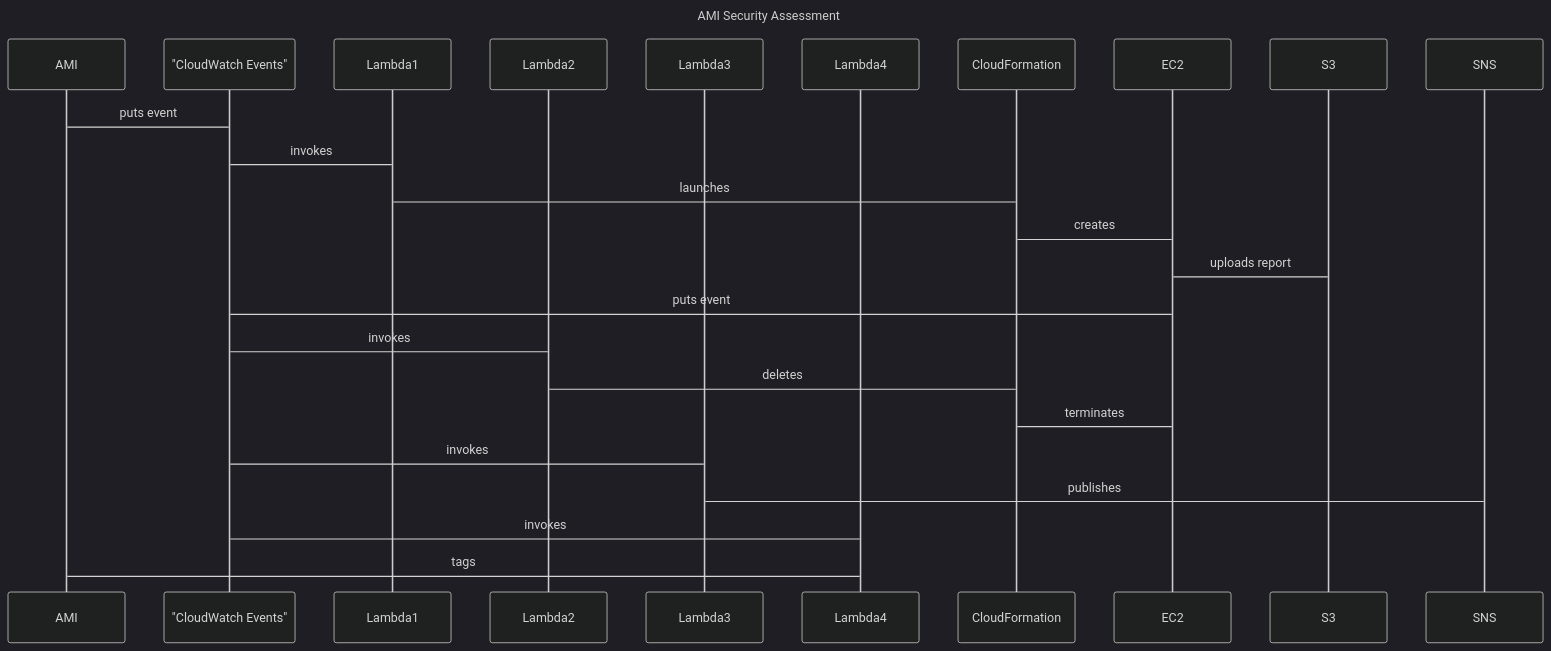
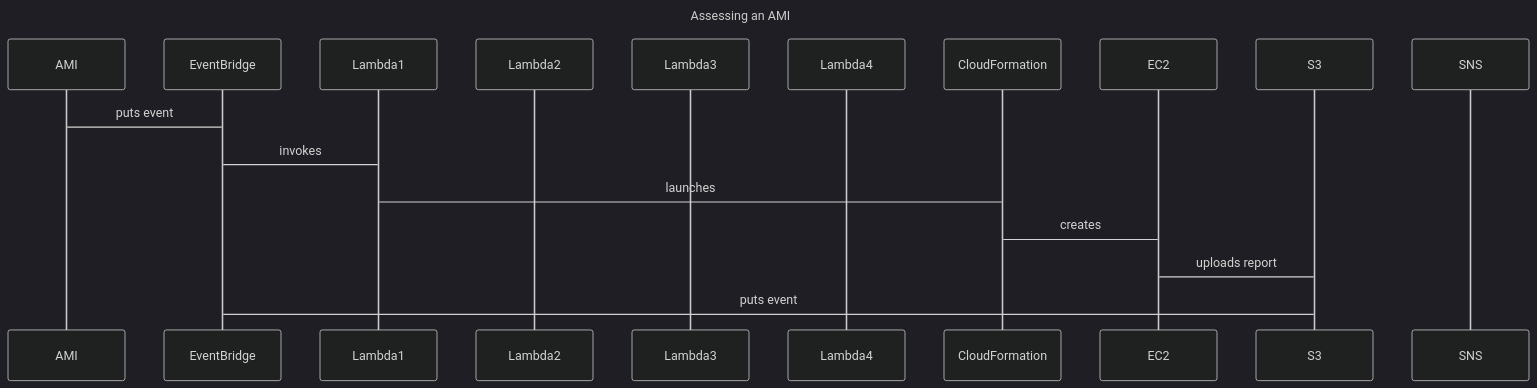
One commit to scottbrown/hardtarget changed the first of 4 diagrams in README.md. Above: the diagram before and after it, drawn with Mermaid (dark theme). The commit also changed other lines of this file, not shown here.

Commit message:
Adding more logic and diagrams

````diff
--- a/README.md
+++ b/README.md
@@ -14,29 +30,22 @@
 ```mermaid
 sequenceDiagram
-  title AMI Security Assessment
+  title Assessing an AMI
 
   participant AMI
-  participant CWE as "CloudWatch Events"
+  participant EB as EventBridge
   participant L1 as Lambda1
   participant L2 as Lambda2
   participant L3 as Lambda3
   participant L4 as Lambda4
   participant CFN as CloudFormation
   participant EC2
   participant S3
   participant SNS
 
-  AMI->CWE: puts event
-  CWE->L1: invokes
+  AMI->EB: puts event
+  EB->L1: invokes
   L1->CFN: launches
   CFN->EC2: creates
   EC2->S3: uploads report
-  EC2->CWE: puts event
-  CWE->L2: invokes
-  L2->CFN: deletes
-  CFN->EC2: terminates
-  CWE->L3: invokes
-  L3->SNS: publishes
-  CWE->L4: invokes
-  L4->AMI: tags
+  S3->EB: puts event
 ```
````
